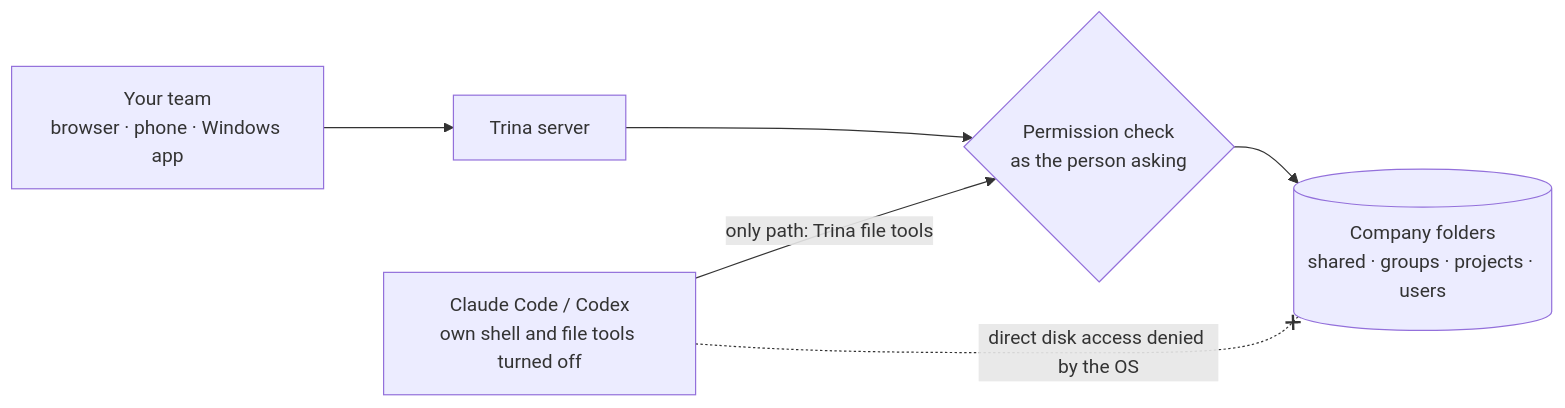
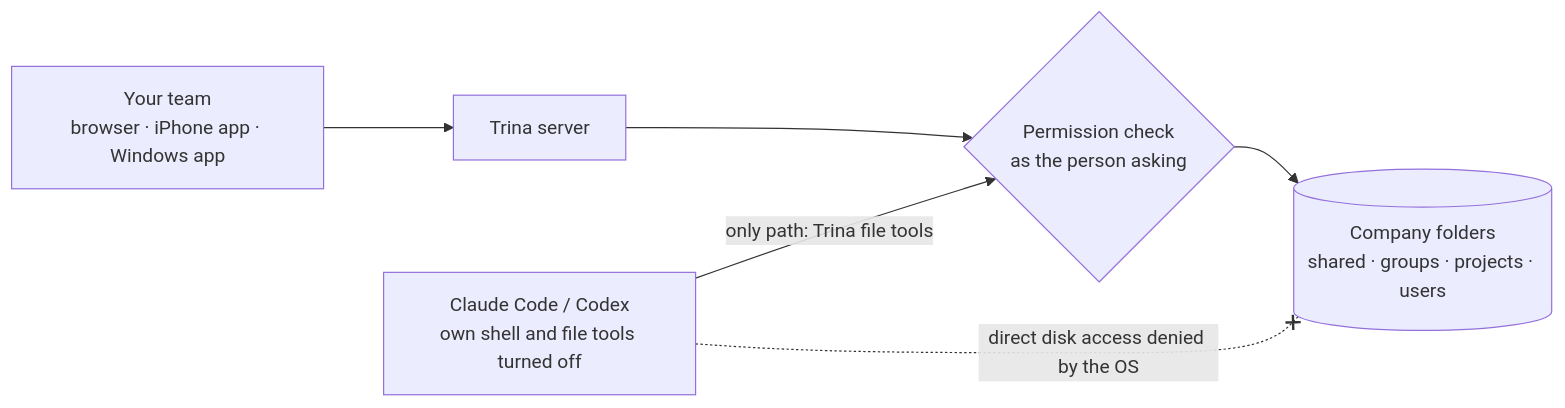
One commit to trina-app/trina-ax changed the diagram in README.md. Above: the diagram before and after it, drawn with Mermaid. The commit also changed other lines of this file and 9 other files, not shown here.

First line of the commit message:
README: the AI your whole team shares, in five languages; prices only on the site

````diff
--- a/README.md
+++ b/README.md
@@ -69,8 +95,8 @@
 ```mermaid
 flowchart LR
-  P["Your team<br/>browser · phone · Windows app"] --> S["Trina server"]
+  P["Your team<br/>browser · iPhone app · Windows app"] --> S["Trina server"]
   E["Claude Code / Codex<br/>own shell and file tools turned off"] -->|"only path: Trina file tools"| C{"Permission check<br/>as the person asking"}
   S --> C
   C --> D[("Company folders<br/>shared · groups · projects · users")]
   E -. "direct disk access denied by the OS" .-x D
 ```
````
